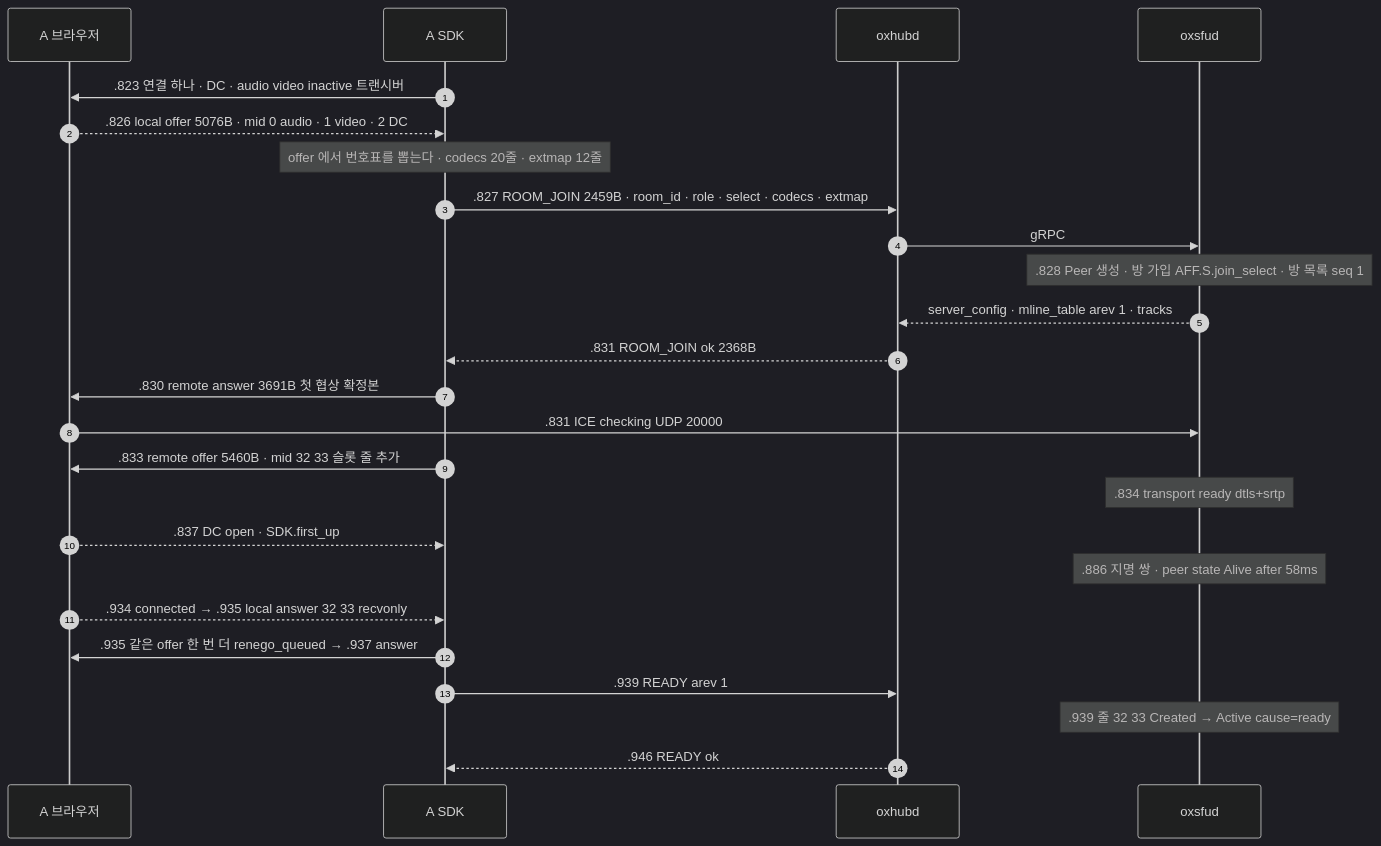
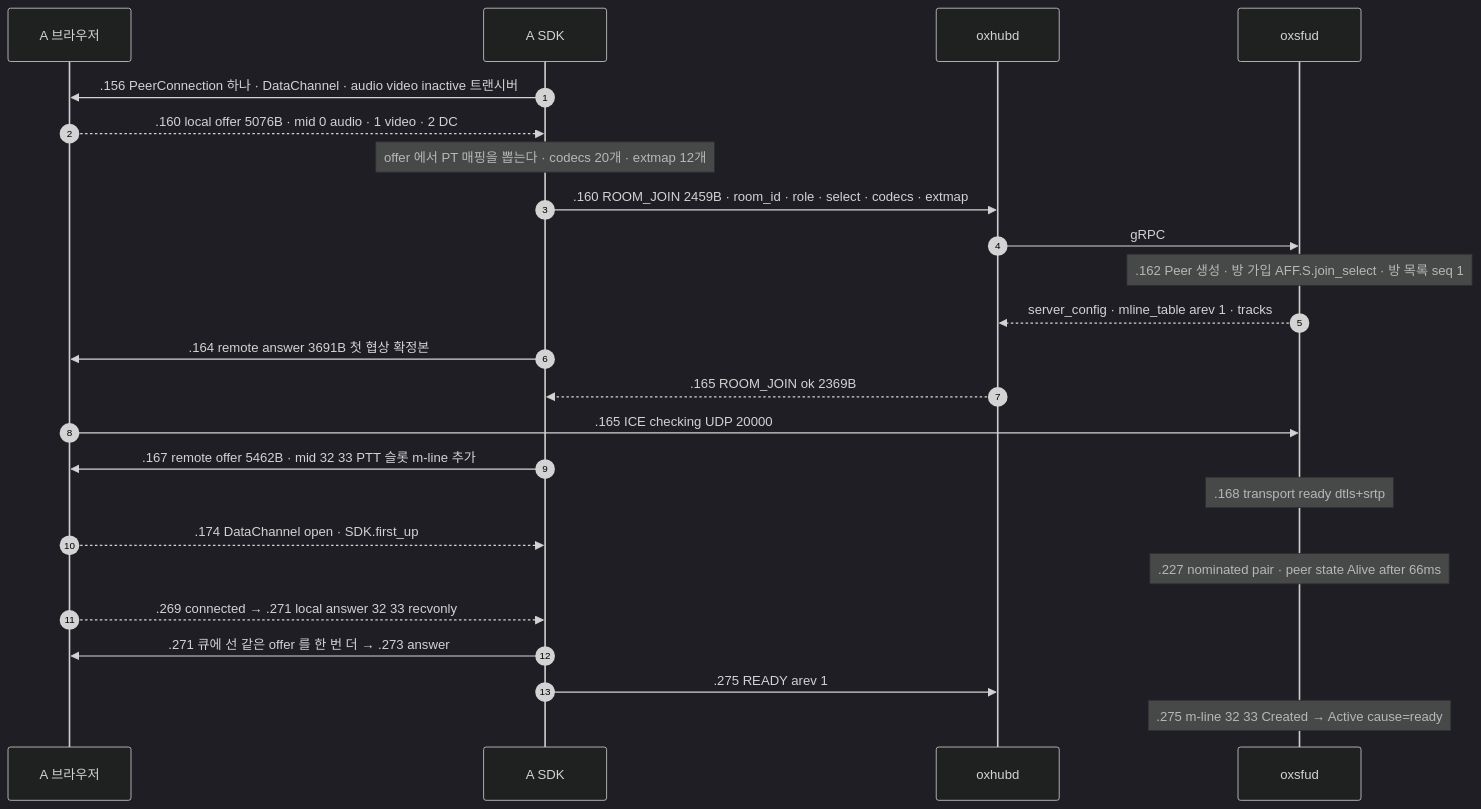
One commit to kodeholic9/oxlens-sfu changed the third of 4 diagrams in docs/learn/02_CONNECT_JOIN.md. Above: the diagram before and after it, drawn with Mermaid (dark theme). The commit also changed other lines of this file and 19 other files, not shown here.

````diff
--- a/docs/learn/02_CONNECT_JOIN.md
+++ b/docs/learn/02_CONNECT_JOIN.md
@@ -86,27 +94,26 @@
 ```mermaid
 sequenceDiagram
   autonumber
   participant BR as A 브라우저
   participant SDK as A SDK
   participant H as oxhubd
   participant S as oxsfud
-  SDK->>BR: .823 연결 하나 · DC · audio video inactive 트랜시버
-  BR-->>SDK: .826 local offer 5076B · mid 0 audio · 1 video · 2 DC
-  Note over SDK: offer 에서 번호표를 뽑는다 · codecs 20줄 · extmap 12줄
-  SDK->>H: .827 ROOM_JOIN 2459B · room_id · role · select · codecs · extmap
+  SDK->>BR: .156 PeerConnection 하나 · DataChannel · audio video inactive 트랜시버
+  BR-->>SDK: .160 local offer 5076B · mid 0 audio · 1 video · 2 DC
+  Note over SDK: offer 에서 PT 매핑을 뽑는다 · codecs 20개 · extmap 12개
+  SDK->>H: .160 ROOM_JOIN 2459B · room_id · role · select · codecs · extmap
   H->>S: gRPC
-  Note over S: .828 Peer 생성 · 방 가입 AFF.S.join_select · 방 목록 seq 1
+  Note over S: .162 Peer 생성 · 방 가입 AFF.S.join_select · 방 목록 seq 1
   S-->>H: server_config · mline_table arev 1 · tracks
-  H-->>SDK: .831 ROOM_JOIN ok 2368B
-  SDK->>BR: .830 remote answer 3691B 첫 협상 확정본
-  BR->>S: .831 ICE checking UDP 20000
-  SDK->>BR: .833 remote offer 5460B · mid 32 33 슬롯 줄 추가
-  Note over S: .834 transport ready dtls+srtp
-  BR-->>SDK: .837 DC open · SDK.first_up
-  Note over S: .886 지명 쌍 · peer state Alive after 58ms
-  BR-->>SDK: .934 connected → .935 local answer 32 33 recvonly
-  SDK->>BR: .935 같은 offer 한 번 더 renego_queued → .937 answer
-  SDK->>H: .939 READY arev 1
-  Note over S: .939 줄 32 33 Created → Active cause=ready
-  H-->>SDK: .946 READY ok
+  SDK->>BR: .164 remote answer 3691B 첫 협상 확정본
+  H-->>SDK: .165 ROOM_JOIN ok 2369B
+  BR->>S: .165 ICE checking UDP 20000
+  SDK->>BR: .167 remote offer 5462B · mid 32 33 PTT 슬롯 m-line 추가
+  Note over S: .168 transport ready dtls+srtp
+  BR-->>SDK: .174 DataChannel open · SDK.first_up
+  Note over S: .227 nominated pair · peer state Alive after 66ms
+  BR-->>SDK: .269 connected → .271 local answer 32 33 recvonly
+  SDK->>BR: .271 큐에 선 같은 offer 를 한 번 더 → .273 answer
+  SDK->>H: .275 READY arev 1
+  Note over S: .275 m-line 32 33 Created → Active cause=ready
 ```
````
